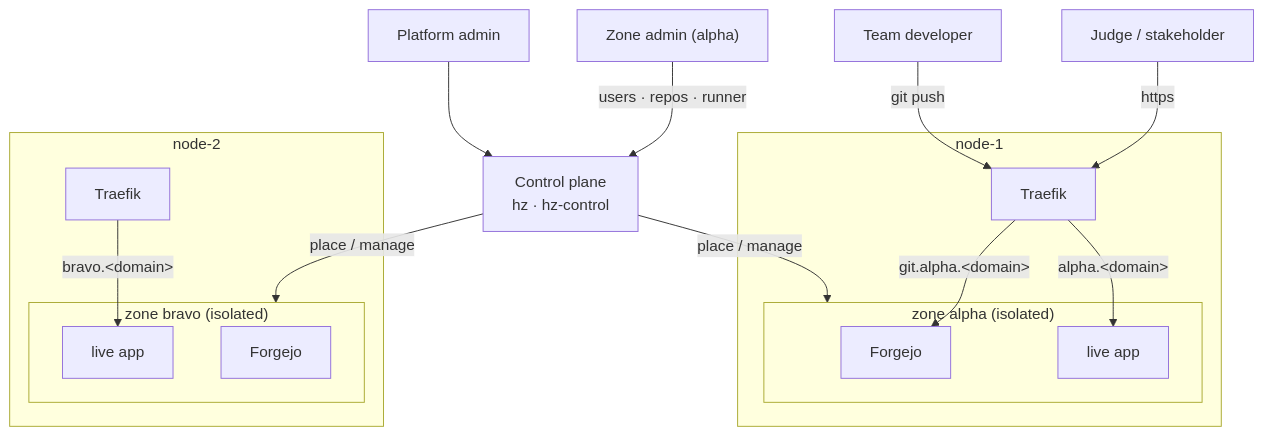
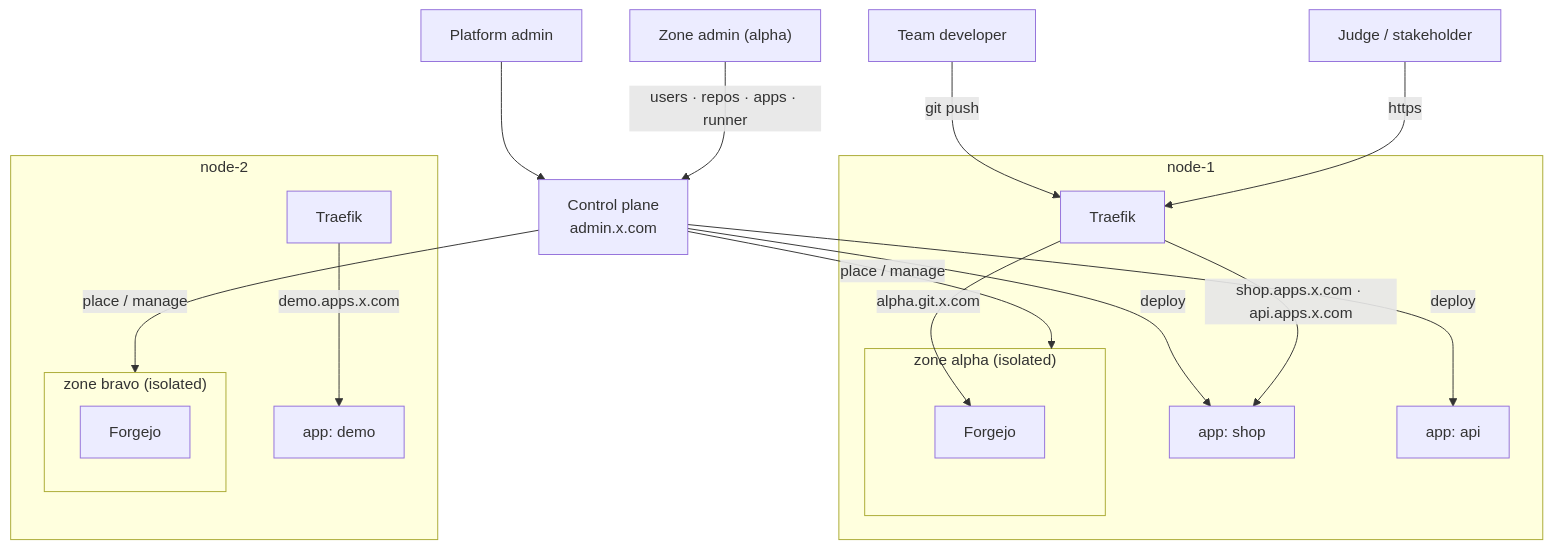
One commit to johnjoeallen/ignition changed the diagram in docs/index.md. Above: the diagram before and after it, drawn with Mermaid. The commit also changed other lines of this file and 20 other files, not shown here.

First line of the commit message:
Segregated subdomains + multiple apps per zone

````diff
--- a/docs/index.md
+++ b/docs/index.md
@@ -26,29 +36,32 @@
 ```mermaid
 flowchart TB
     pa["Platform admin"] --> cp
-    cp["Control plane<br/>hz · hz-control"]
+    cp["Control plane<br/>admin.x.com"]
 
     subgraph node1["node-1"]
         traefik1["Traefik"]
         subgraph zA["zone alpha  (isolated)"]
             fa["Forgejo"]
-            appA["live app"]
         end
+        appA1["app: shop"]
+        appA2["app: api"]
     end
     subgraph node2["node-2"]
         traefik2["Traefik"]
         subgraph zB["zone bravo  (isolated)"]
             fb["Forgejo"]
-            appB["live app"]
         end
+        appB["app: demo"]
     end
 
     cp -->|place / manage| zA
     cp -->|place / manage| zB
-    za["Zone admin (alpha)"] -->|"users · repos · runner"| cp
+    cp -->|deploy| appA1
+    cp -->|deploy| appA2
+    za["Zone admin (alpha)"] -->|"users · repos · apps · runner"| cp
     dev["Team developer"] -->|git push| traefik1
-    traefik1 -->|"git.alpha.&lt;domain&gt;"| fa
-    traefik1 -->|"alpha.&lt;domain&gt;"| appA
-    traefik2 -->|"bravo.&lt;domain&gt;"| appB
+    traefik1 -->|"alpha.git.x.com"| fa
+    traefik1 -->|"shop.apps.x.com · api.apps.x.com"| appA1
+    traefik2 -->|"demo.apps.x.com"| appB
     visitor["Judge / stakeholder"] -->|https| traefik1
 ```
````
